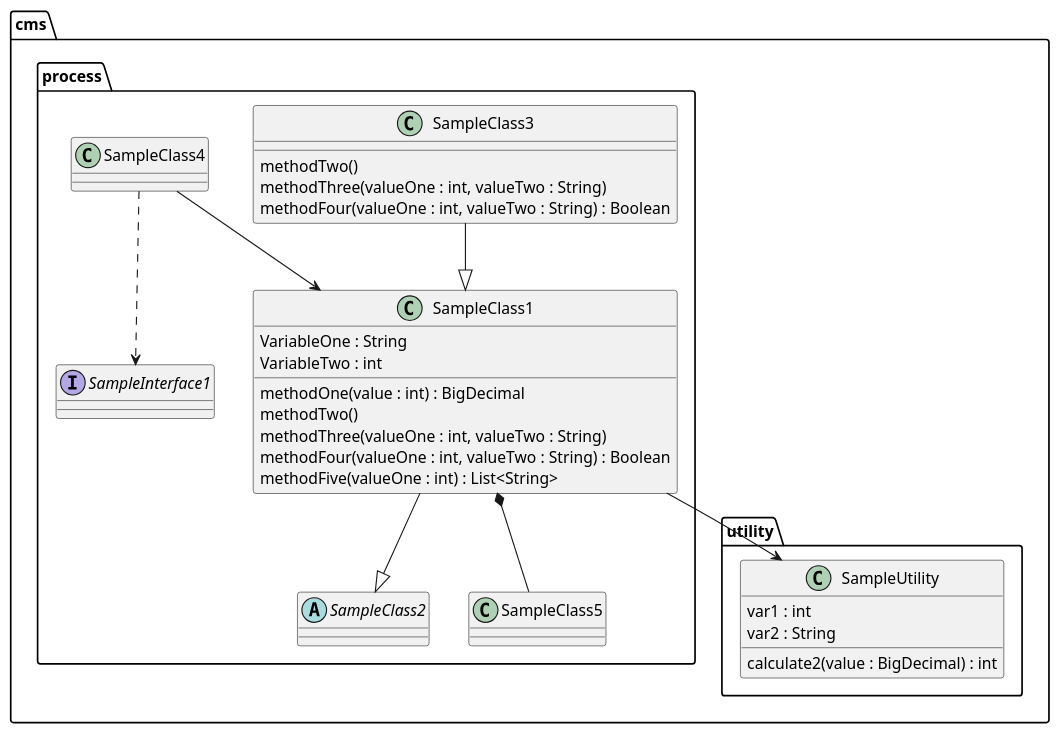
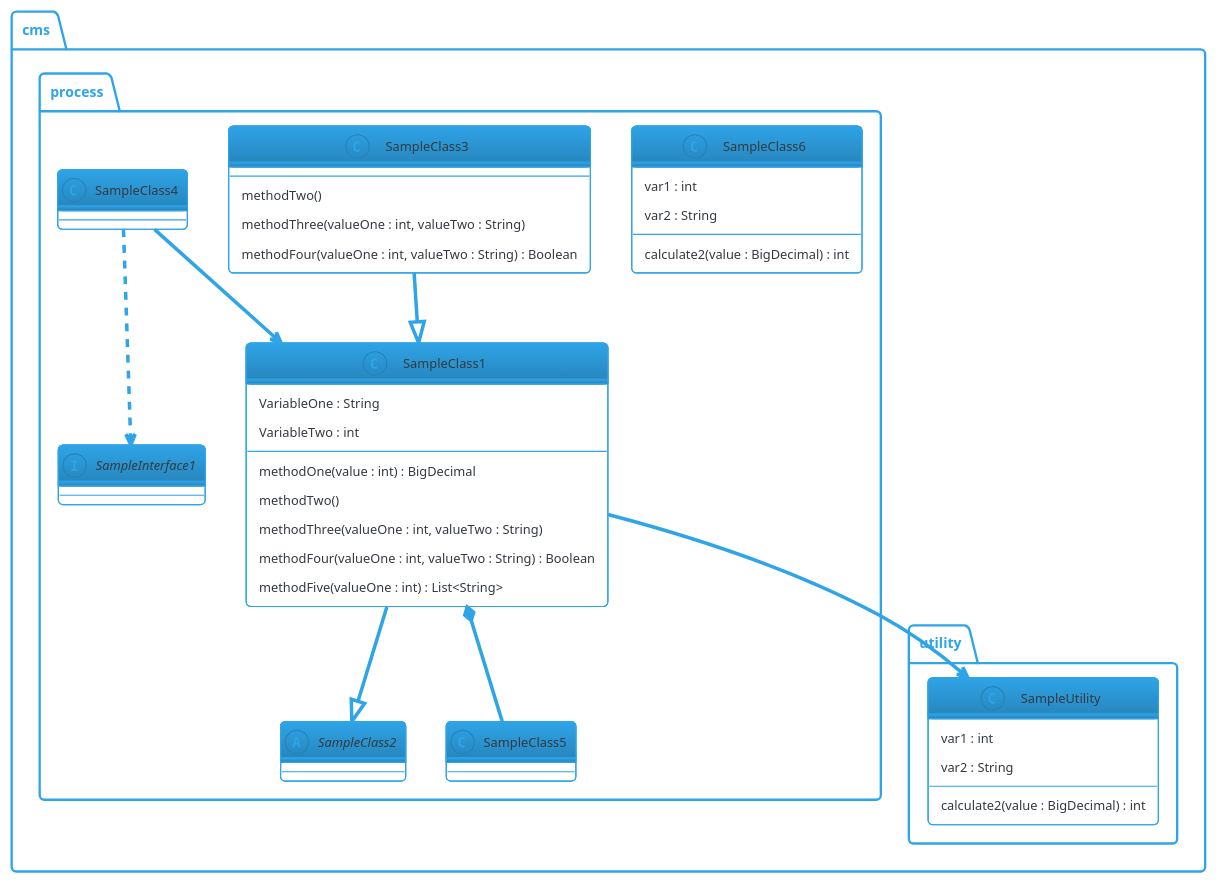
Before and after one commit to cmoore-eie/cms_forward_engineer: the diagram in sample.puml, drawn with PlantUML. The commit also changed 10 other files, not shown here.

```diff
--- a/sample.puml
+++ b/sample.puml
@@ -1,42 +1,50 @@
 @startuml sample
+
+!theme cerulean-outline
+
+class cms.process.SampleClass6 {
+    var1 : int
+    var2 : String
+    calculate2(value : BigDecimal) : int
+}
 
 package cms.process {
     class SampleClass1 {
         VariableOne : String
         VariableTwo : int
         methodOne(value : int) : BigDecimal
         methodTwo()
         methodThree(valueOne : int, valueTwo : String)
         methodFour(valueOne : int, valueTwo : String) : Boolean
         methodFive(valueOne : int) : List<String>
     }
     SampleClass1 --|> SampleClass2
     SampleClass1 --> cms.utility.SampleUtility
     SampleClass1 *-- SampleClass5
 
     abstract SampleClass2 {
 
     }
 
     class SampleClass3 {
         methodTwo()
         methodThree(valueOne : int, valueTwo : String)
         methodFour(valueOne : int, valueTwo : String) : Boolean
     }
     SampleClass3 --|> SampleClass1
 
     SampleClass4 --> SampleClass1
     SampleClass4 ..> SampleInterface1
 
     interface SampleInterface1
 }
 
 package cms.utility {
     class SampleUtility {
         var1 : int
         var2 : String
         calculate2(value : BigDecimal) : int
     }
 }
 
 @enduml
```
